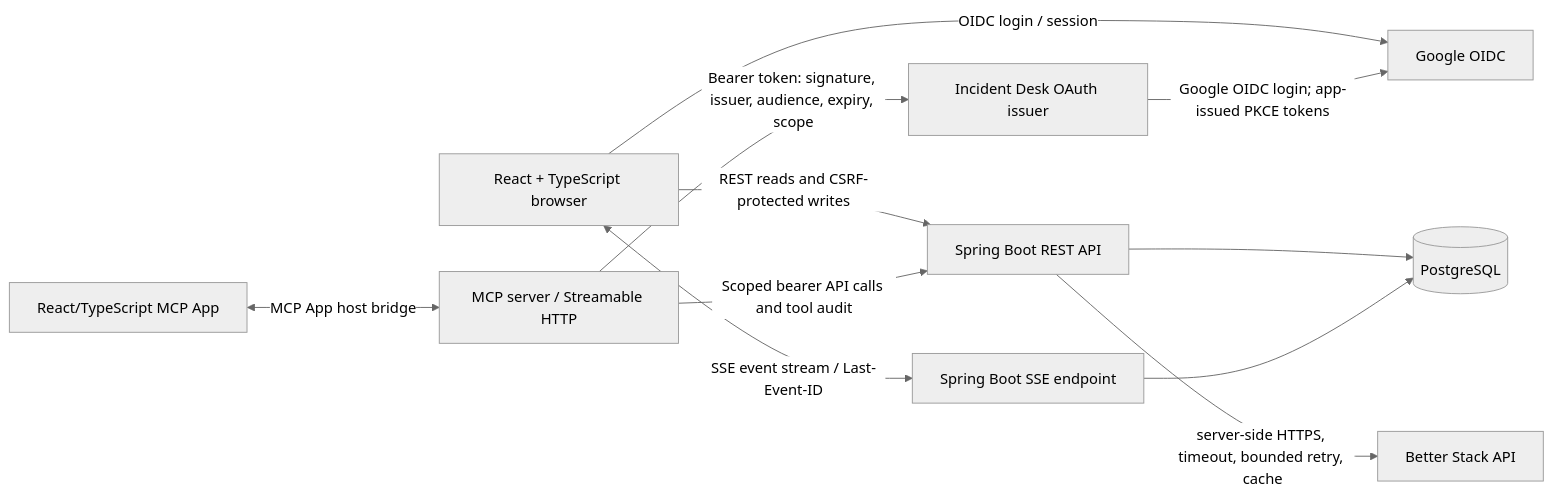
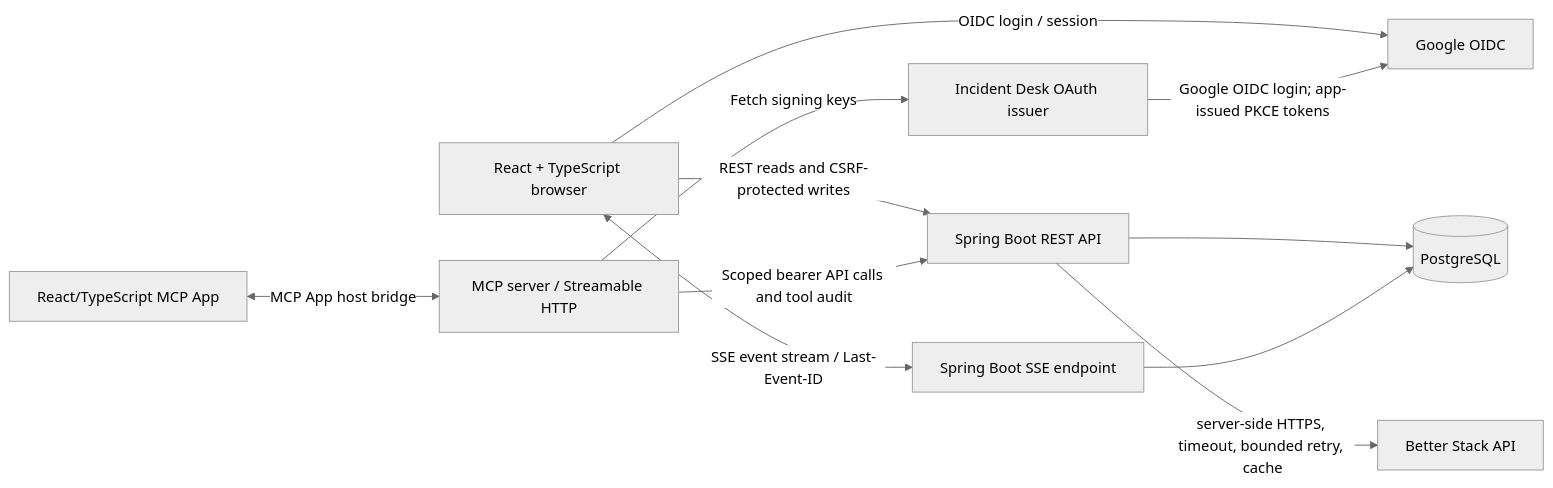
The second of 3 diagrams in docs/architecture.md (bycait27/incident-desk), drawn with Mermaid (neutral theme) before and after one commit. The commit also changed other lines of this file and 73 other files, not shown here.

````diff
--- a/docs/architecture.md
+++ b/docs/architecture.md
@@ -1,23 +32,23 @@
 ```mermaid
 flowchart LR
   Browser["React + TypeScript browser"]
   API["Spring Boot REST API"]
   SSE["Spring Boot SSE endpoint"]
   DB[("PostgreSQL")]
   BetterStack["Better Stack API"]
   OIDC["Google OIDC"]
   AS["Incident Desk OAuth issuer"]
   MCP["MCP server / Streamable HTTP"]
   MCPApp["React/TypeScript MCP App"]
 
   Browser -->|"OIDC login / session"| OIDC
   Browser -->|"REST reads and CSRF-protected writes"| API
   Browser <-->|"SSE event stream / Last-Event-ID"| SSE
   API --> DB
   SSE --> DB
   API -->|"server-side HTTPS, timeout, bounded retry, cache"| BetterStack
   MCPApp <-->|"MCP App host bridge"| MCP
-  MCP -->|"Bearer token: signature, issuer, audience, expiry, scope"| AS
+  MCP -->|"Fetch signing keys"| AS
   MCP -->|"Scoped bearer API calls and tool audit"| API
   AS -->|"Google OIDC login; app-issued PKCE tokens"| OIDC
 ```
````
